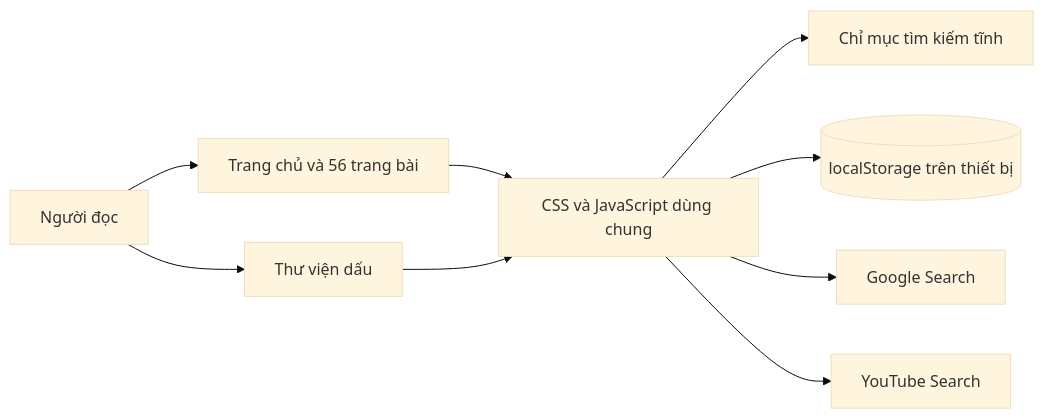
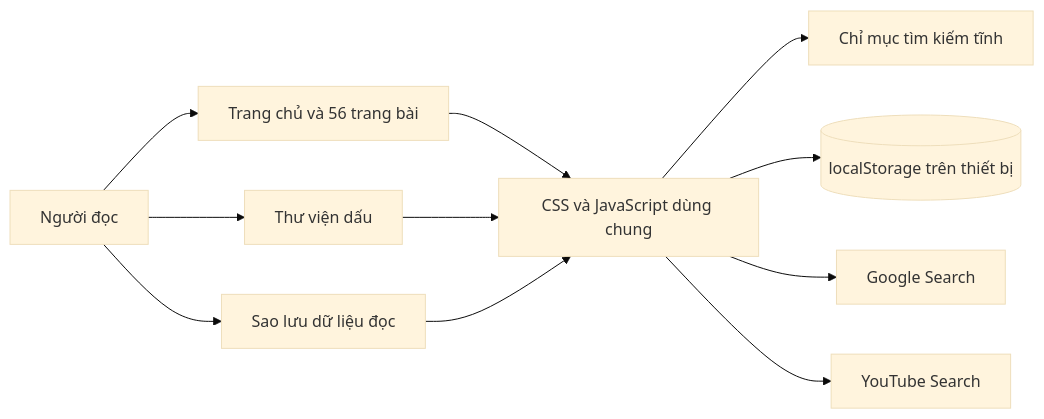
Before and after one commit to danghoangsqtt-sys/Ebook-basic-circuit: the first of 4 diagrams in .DHSYSTEM/ARCHITECTURE.md, drawn with Mermaid (base theme). The commit also changed other lines of this file and 15 other files, not shown here.

````diff
--- a/.DHSYSTEM/ARCHITECTURE.md
+++ b/.DHSYSTEM/ARCHITECTURE.md
@@ -58,11 +61,13 @@
 ```mermaid
 flowchart LR
   U[Người đọc] --> P[Trang chủ và 56 trang bài]
   U --> H[Thư viện dấu]
+  U --> RD[Sao lưu dữ liệu đọc]
   P --> A[CSS và JavaScript dùng chung]
   H --> A
+  RD --> A
   A --> I[Chỉ mục tìm kiếm tĩnh]
   A --> L[(localStorage trên thiết bị)]
   A --> G[Google Search]
   A --> Y[YouTube Search]
 ```
````
